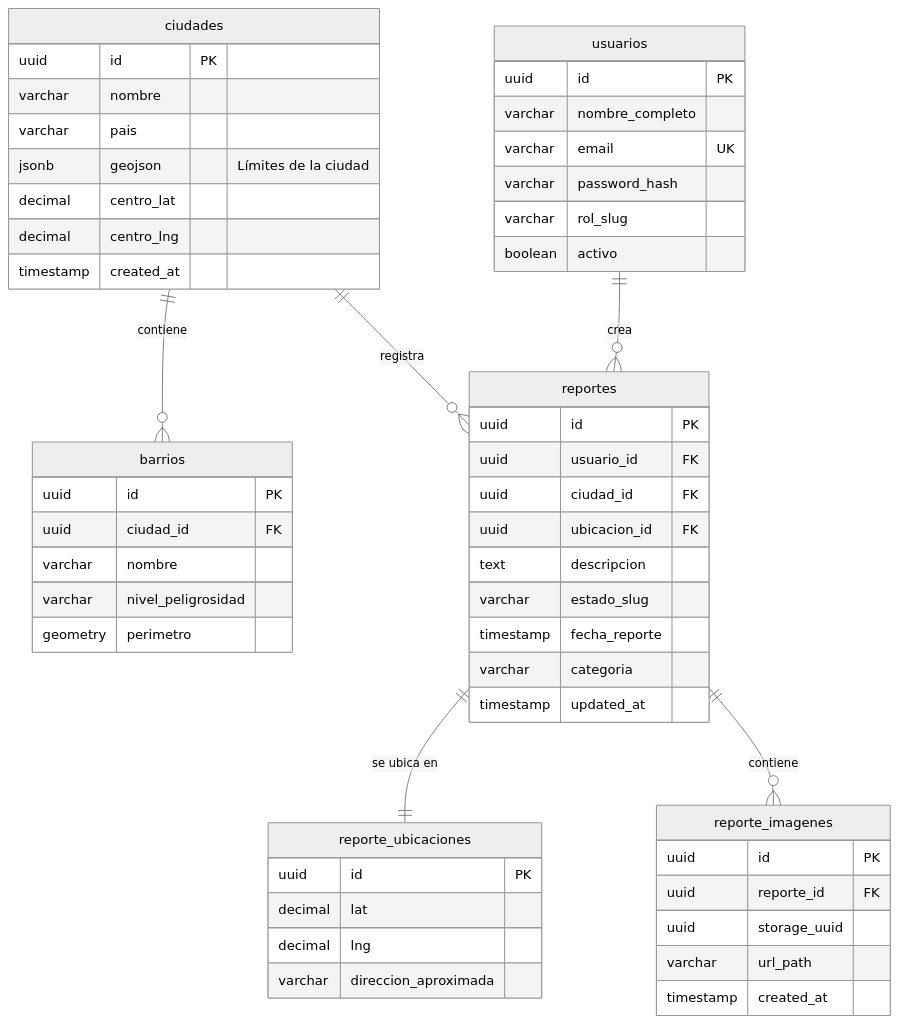
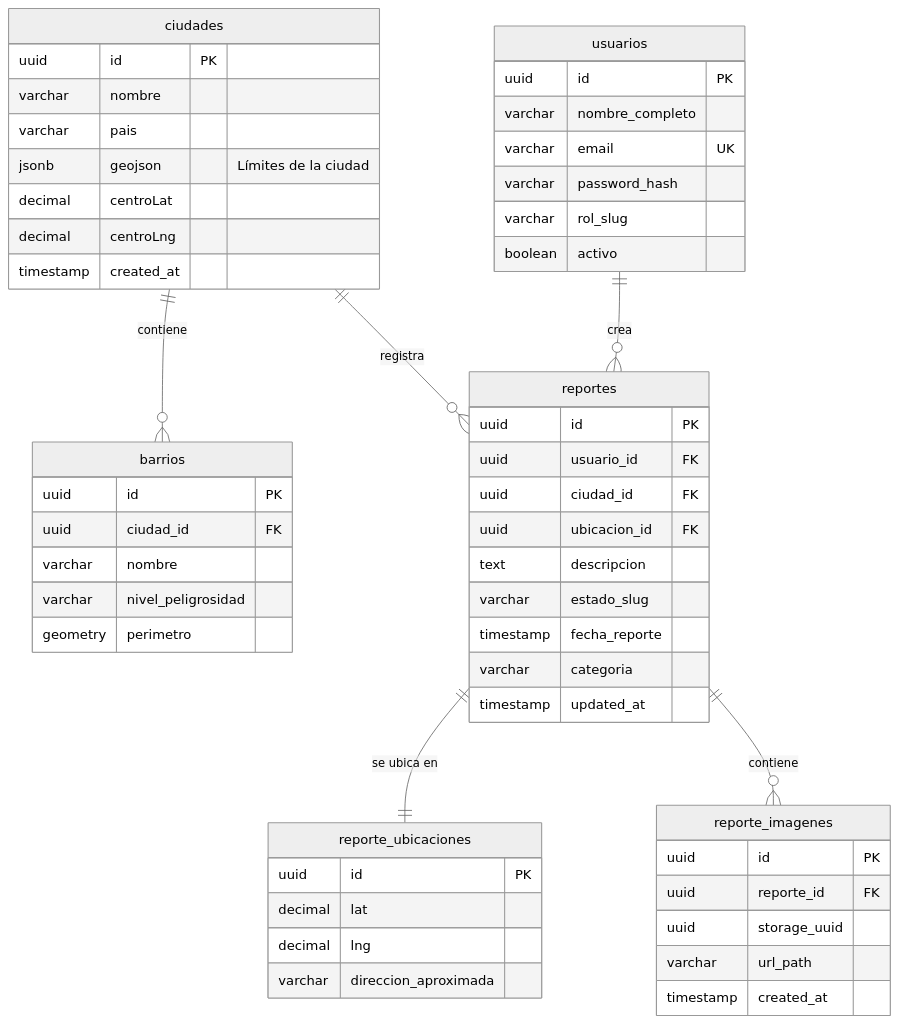
One commit to L50E02O/CityAlerta changed the diagram in README.md. Above: the diagram before and after it, drawn with Mermaid (neutral theme). The commit also changed 4 other files, not shown here.

First line of the commit message:
refactor: rename centro_lat/centro_lng to centroLat/centroLng (camelCase)

````diff
--- a/README.md
+++ b/README.md
@@ -92,63 +92,63 @@
 ```mermaid
 erDiagram
     direction TB
     ciudades {
         uuid id PK ""
         varchar nombre ""
         varchar pais ""
         jsonb geojson "Límites de la ciudad"
-        decimal centro_lat ""
-        decimal centro_lng ""
+        decimal centroLat ""
+        decimal centroLng ""
         timestamp created_at ""
     }
 
     barrios {
         uuid id PK ""
         uuid ciudad_id FK ""
         varchar nombre ""
         varchar nivel_peligrosidad ""
         geometry perimetro ""
     }
 
     reportes {
         uuid id PK ""
         uuid usuario_id FK ""
         uuid ciudad_id FK ""
         uuid ubicacion_id FK ""
         text descripcion ""
         varchar estado_slug ""
         timestamp fecha_reporte ""
         varchar categoria ""
         timestamp updated_at ""
     }
 
     reporte_ubicaciones {
         uuid id PK ""
         decimal lat ""
         decimal lng ""
         varchar direccion_aproximada ""
     }
 
     reporte_imagenes {
         uuid id PK ""
         uuid reporte_id FK ""
         uuid storage_uuid ""
         varchar url_path ""
         timestamp created_at ""
     }
 
     usuarios {
         uuid id PK ""
         varchar nombre_completo ""
         varchar email UK ""
         varchar password_hash ""
         varchar rol_slug ""
         boolean activo ""
     }
 
     usuarios ||--o{ reportes : "crea"
     ciudades ||--o{ barrios : "contiene"
     ciudades ||--o{ reportes : "registra"
     reportes ||--|| reporte_ubicaciones : "se ubica en"
     reportes ||--o{ reporte_imagenes : "contiene"
 ```
````
